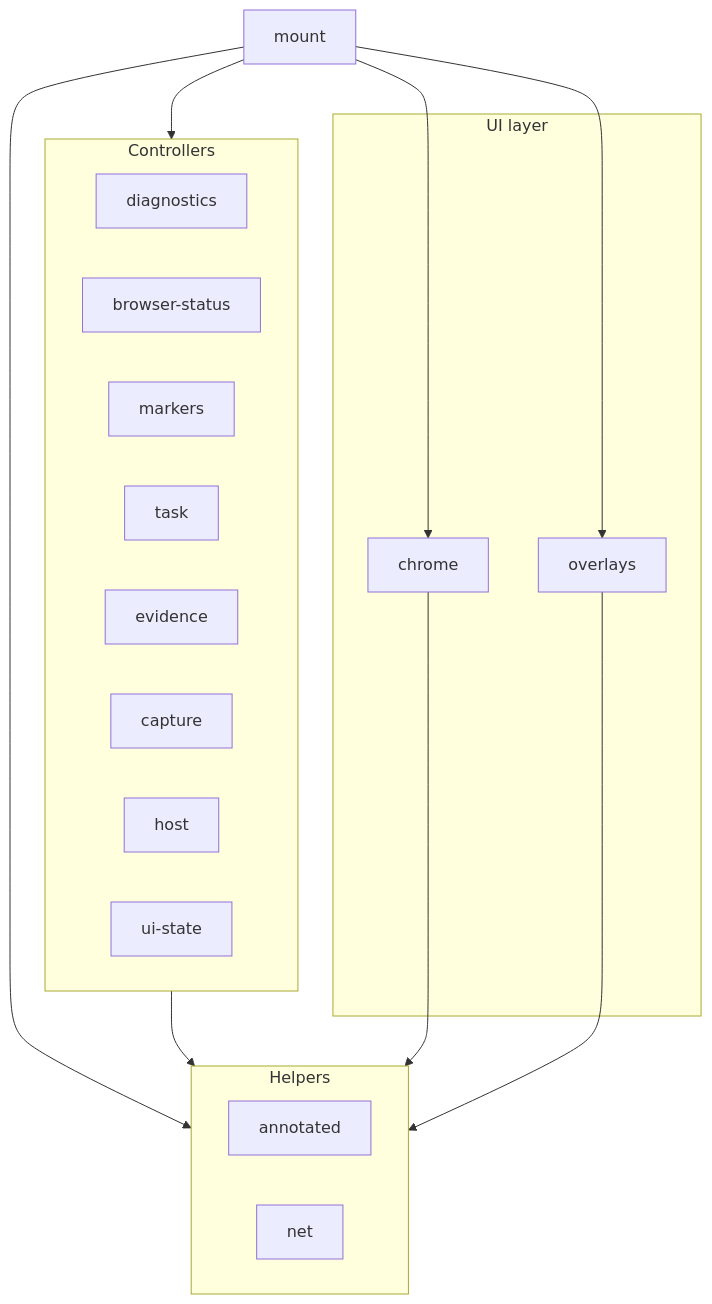
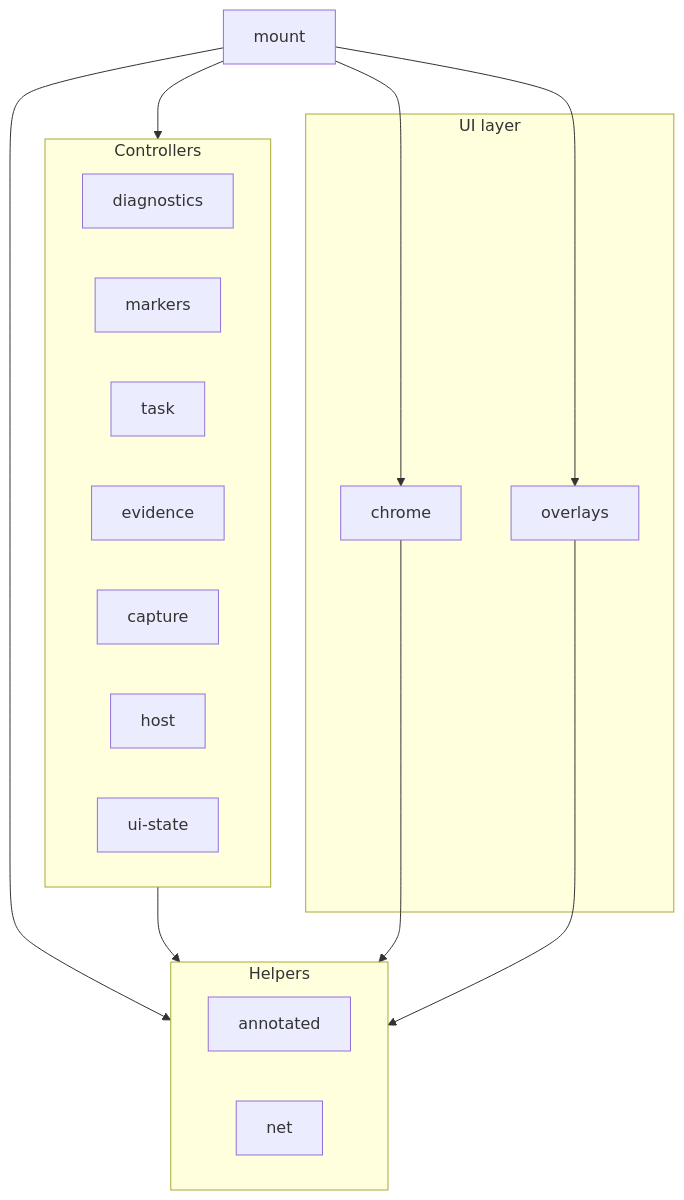
One commit to gchust/agent-annotations changed the second of 2 diagrams in docs/architecture.md. Above: the diagram before and after it, drawn with Mermaid. The commit also changed other lines of this file and 27 other files, not shown here.

````diff
--- a/docs/architecture.md
+++ b/docs/architecture.md
@@ -66,28 +63,27 @@
 ```mermaid
 flowchart TB
     subgraph Helpers
         annotated
         net
     end
     subgraph Controllers
         diagnostics
-        browser-status
         markers
         task
         evidence
         capture
         host
         ui-state
     end
     subgraph UI layer
         chrome
         overlays
     end
     mount --> chrome
     mount --> overlays
     mount --> Controllers
     mount --> Helpers
     Controllers --> Helpers
     chrome --> Helpers
     overlays --> Helpers
 ```
````
